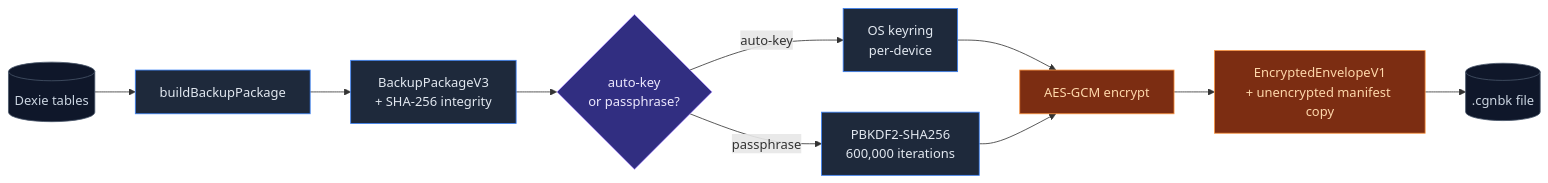
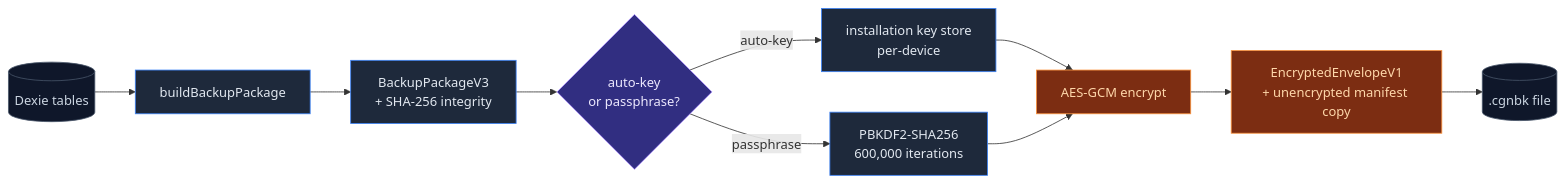
One commit to MaxQian888/cognia-next changed the first of 2 diagrams in docs/content/docs/en/data/backup-and-data.mdx. Above: the diagram before and after it, drawn with Mermaid. The commit also changed other lines of this file and 61 other files, not shown here.

````diff
--- a/docs/content/docs/en/data/backup-and-data.mdx
+++ b/docs/content/docs/en/data/backup-and-data.mdx
@@ -129,23 +129,23 @@
 ```mermaid
 flowchart LR
   Dexie[(Dexie tables)] --> BP[buildBackupPackage]
   BP --> PKG[BackupPackageV3<br/>+ SHA-256 integrity]
 
   PKG --> AUTO{auto-key<br/>or passphrase?}
-  AUTO -->|auto-key| K1[OS keyring<br/>per-device]
+  AUTO -->|auto-key| K1[installation key store<br/>per-device]
   AUTO -->|passphrase| K2[PBKDF2-SHA256<br/>600,000 iterations]
 
   K1 --> ENC[AES-GCM encrypt]
   K2 --> ENC
   ENC --> ENV[EncryptedEnvelopeV1<br/>+ unencrypted manifest copy]
   ENV --> FILE[(.cgnbk file)]
 
   classDef tbl fill:#0f172a,stroke:#475569,color:#cbd5e1
   classDef step fill:#1e293b,stroke:#3b82f6,color:#e2e8f0
   classDef gate fill:#312e81,stroke:#a78bfa,color:#ede9fe
   classDef enc fill:#7c2d12,stroke:#fb923c,color:#fed7aa
   class Dexie,FILE tbl
   class BP,PKG,K1,K2 step
   class AUTO gate
   class ENC,ENV enc
 ```
````
